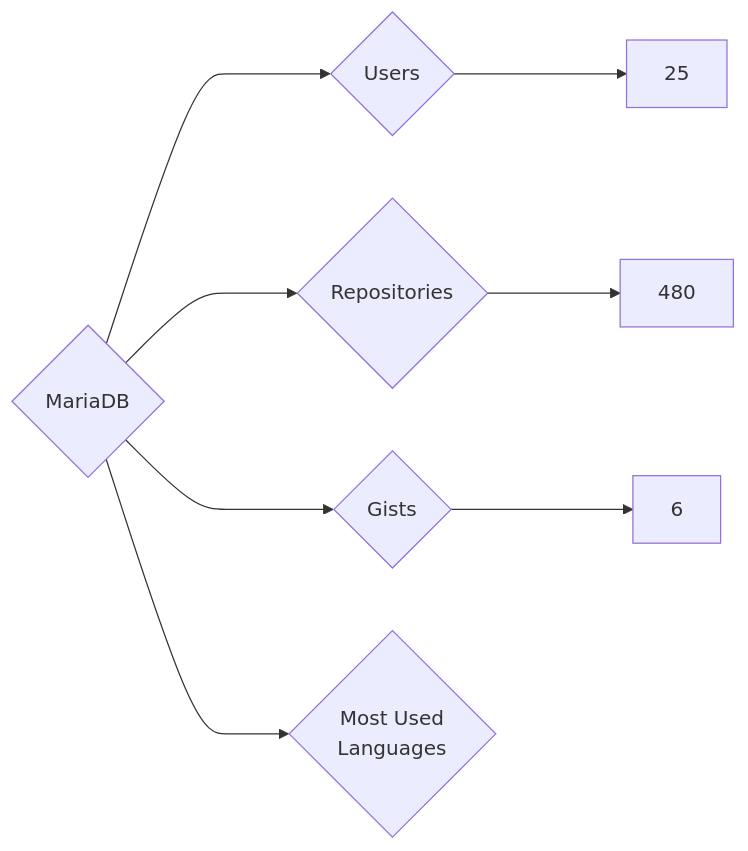
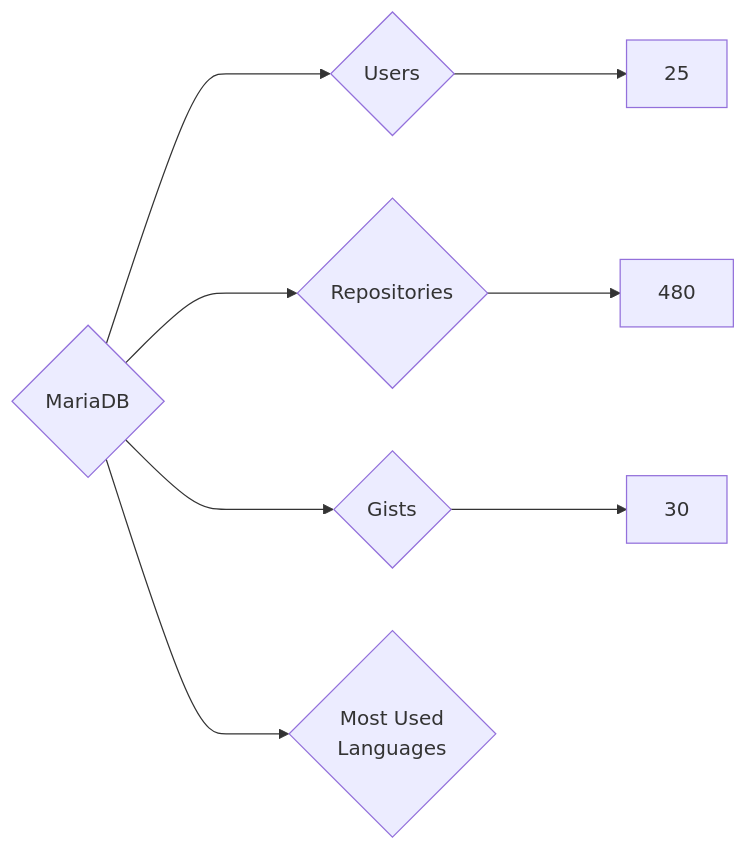
The diagram in targets/MariaDB/README.md (nenadzaric/insiders), drawn with Mermaid before and after one commit. The commit also changed 1342 other files, not shown here.

````diff
--- a/targets/MariaDB/README.md
+++ b/targets/MariaDB/README.md
@@ -3,8 +3,8 @@
 ```mermaid
 graph LR
 COMPANY_NAME{MariaDB}
 COMPANY_NAME ---> U{Users} ---> UN[25]
 COMPANY_NAME ---> R{Repositories} ---> RN[480]
-COMPANY_NAME ---> G{Gists} ---> GN[6]
+COMPANY_NAME ---> G{Gists} ---> GN[30]
 COMPANY_NAME ---> ML{Most Used<br>Languages}
 ```
````
